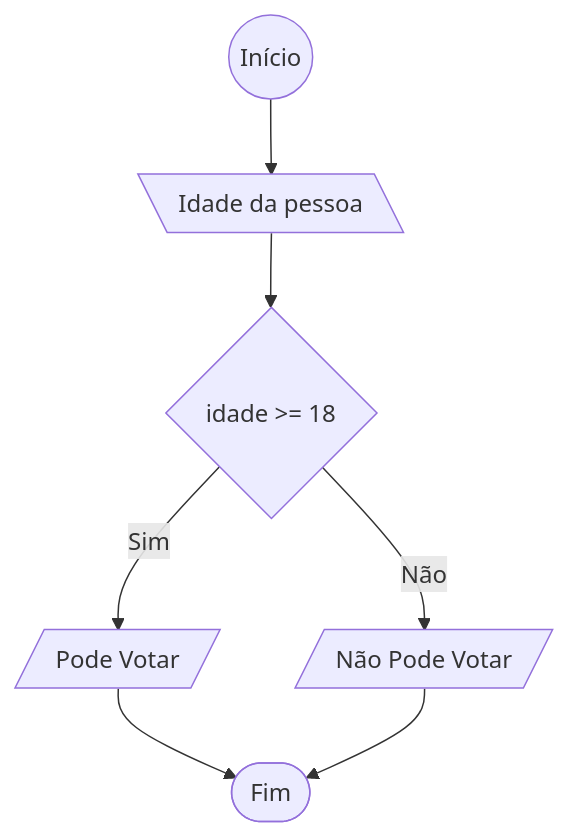
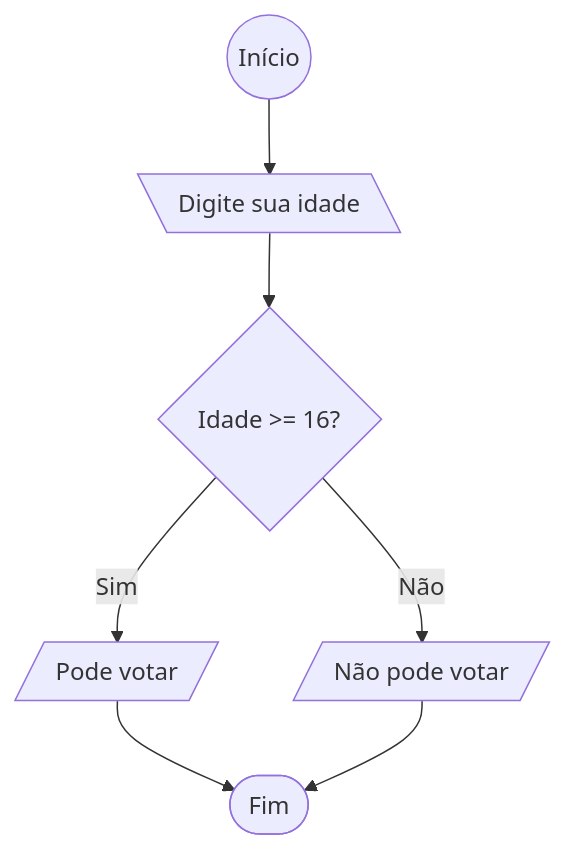
The fifth of 10 diagrams in lista_de_exercicios/LP_Lista_01/README.md (gabrrkl7/LP_SENAI), drawn with Mermaid before and after one commit. The commit also changed other lines of this file and 21 other files, not shown here.

````diff
--- a/lista_de_exercicios/LP_Lista_01/README.md
+++ b/lista_de_exercicios/LP_Lista_01/README.md
@@ -70,9 +71,9 @@
    ```mermaid
    flowchart TD
-       inicio(( Início )) --> entrada_1[\ Idade da pessoa \]
-       entrada_1 --> verificacao{idade >= 18}
-       verificacao --> |Sim| A[/ Pode Votar /]
-       verificacao --> |Não| B[/ Não Pode Votar /]
-       A --> finish([ Fim ])
-       B --> finish
+        start(( Início )) --> input[\ Digite sua idade \]
+        input --> check{ Idade >= 16? }
+        check --> |Sim| pode[/ Pode votar /]
+        check --> |Não| naoPode[/ Não pode votar /]
+        pode --> fim([ Fim ])
+        naoPode --> fim
    ```
````
